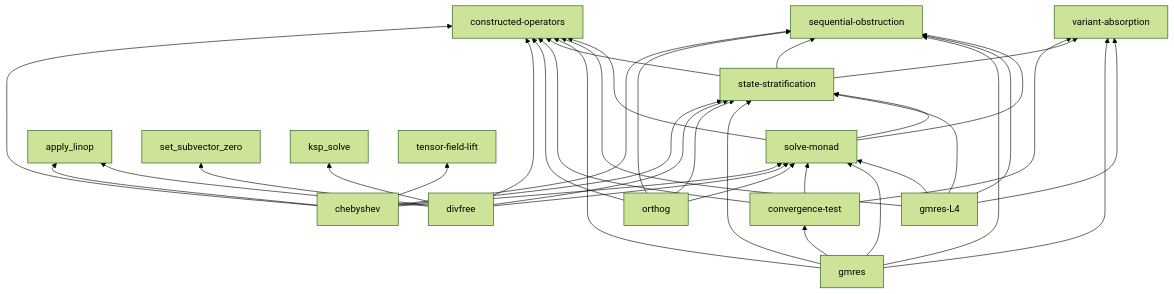
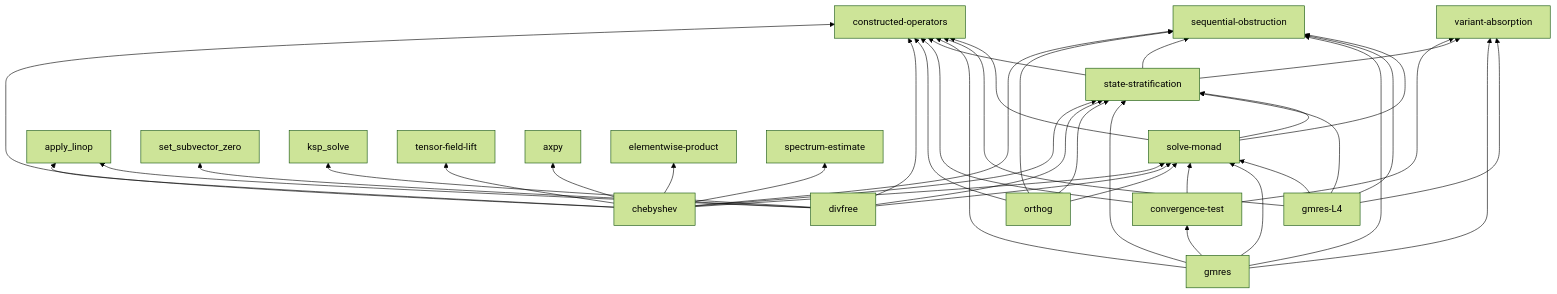
The fifth of 5 diagrams in book/src/concepts/dependency-map.md (crutcher/palace_whiteroom), drawn with Mermaid (forest theme) before and after one commit. The commit also changed 3 other files, not shown here.

````diff
--- a/book/src/concepts/dependency-map.md
+++ b/book/src/concepts/dependency-map.md
@@ -143,39 +143,42 @@
 ```mermaid
 graph BT
   solve-monad --> state-stratification
   solve-monad --> constructed-operators
   solve-monad --> sequential-obstruction
   gmres-L4 --> state-stratification
   gmres-L4 --> solve-monad
   gmres-L4 --> constructed-operators
   gmres-L4 --> variant-absorption
   gmres-L4 --> sequential-obstruction
   gmres --> state-stratification
   gmres --> solve-monad
   gmres --> constructed-operators
   gmres --> variant-absorption
   gmres --> sequential-obstruction
   state-stratification --> constructed-operators
   state-stratification --> variant-absorption
   state-stratification --> sequential-obstruction
   convergence-test --> constructed-operators
   convergence-test --> variant-absorption
   convergence-test --> solve-monad
   gmres --> convergence-test
   orthog --> state-stratification
   orthog --> solve-monad
   orthog --> constructed-operators
   orthog --> sequential-obstruction
   divfree --> solve-monad
   divfree --> state-stratification
   divfree --> constructed-operators
   divfree --> apply_linop
   divfree --> set_subvector_zero
   divfree --> ksp_solve
   chebyshev --> solve-monad
   chebyshev --> state-stratification
   chebyshev --> constructed-operators
   chebyshev --> apply_linop
   chebyshev --> tensor-field-lift
   chebyshev --> sequential-obstruction
+  chebyshev --> axpy
+  chebyshev --> elementwise-product
+  chebyshev --> spectrum-estimate
 ```
````
